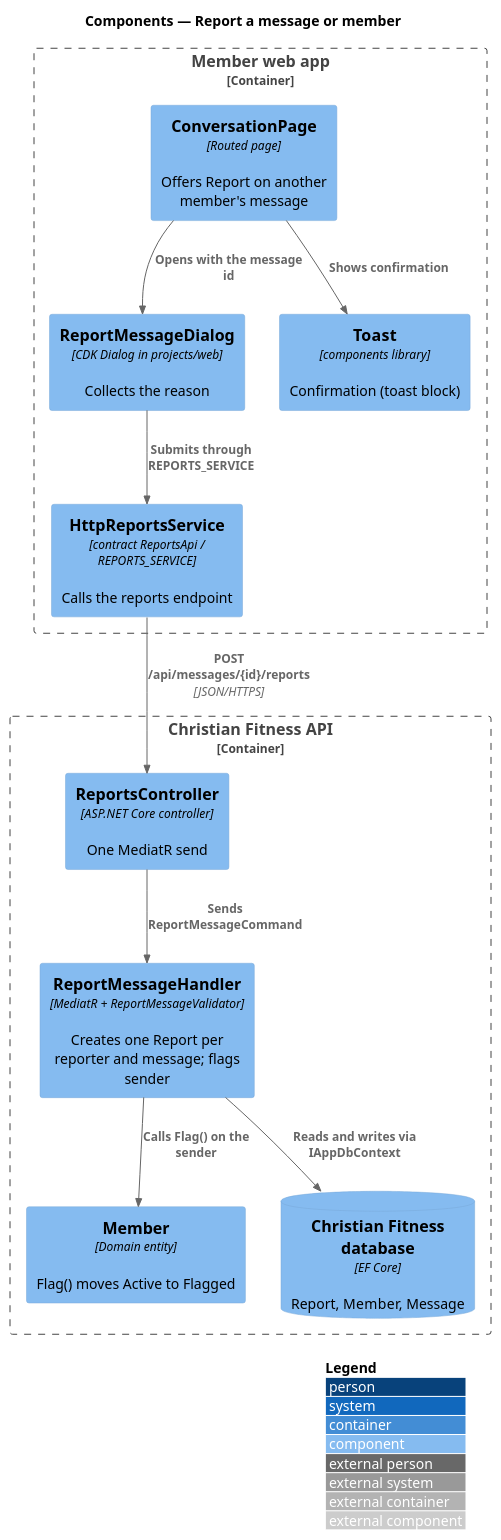
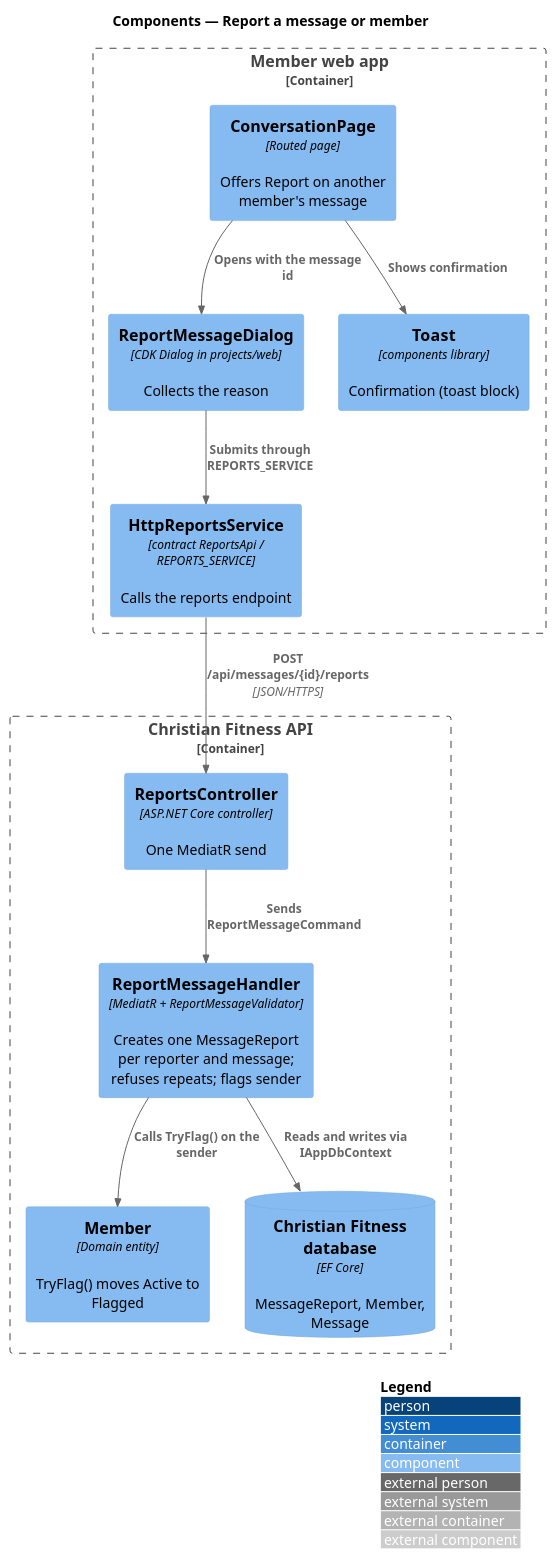
One commit to QuinntyneBrown/christian-fitness changed the diagram in docs/detailed-designs/messages/report-message-or-member/diagrams/c4-component.puml. Above: the diagram before and after it, drawn with PlantUML. The commit also changed 17 other files, not shown here.

First line of the commit message:
Follow-ups: re-render stale diagrams and fix offline flake

```diff
--- a/docs/detailed-designs/messages/report-message-or-member/diagrams/c4-component.puml
+++ b/docs/detailed-designs/messages/report-message-or-member/diagrams/c4-component.puml
@@ -1,25 +1,25 @@
 @startuml
 !include <C4/C4_Component>
 LAYOUT_WITH_LEGEND()
 title Components — Report a message or member
 
 Container_Boundary(web, "Member web app") {
   Component(page, "ConversationPage", "Routed page", "Offers Report on another member's message")
   Component(dlg, "ReportMessageDialog", "CDK Dialog in projects/web", "Collects the reason")
   Component(toast, "Toast", "components library", "Confirmation (toast block)")
   Component(svc, "HttpReportsService", "contract ReportsApi / REPORTS_SERVICE", "Calls the reports endpoint")
 }
 Container_Boundary(api, "Christian Fitness API") {
   Component(ctrl, "ReportsController", "ASP.NET Core controller", "One MediatR send")
-  Component(h, "ReportMessageHandler", "MediatR + ReportMessageValidator", "Creates one Report per reporter and message; flags sender")
-  Component(member, "Member", "Domain entity", "Flag() moves Active to Flagged")
-  ComponentDb(db, "Christian Fitness database", "EF Core", "Report, Member, Message")
+  Component(h, "ReportMessageHandler", "MediatR + ReportMessageValidator", "Creates one MessageReport per reporter and message; refuses repeats; flags sender")
+  Component(member, "Member", "Domain entity", "TryFlag() moves Active to Flagged")
+  ComponentDb(db, "Christian Fitness database", "EF Core", "MessageReport, Member, Message")
 }
 Rel(page, dlg, "Opens with the message id")
 Rel(dlg, svc, "Submits through REPORTS_SERVICE")
 Rel(page, toast, "Shows confirmation")
 Rel(svc, ctrl, "POST /api/messages/{id}/reports", "JSON/HTTPS")
 Rel(ctrl, h, "Sends ReportMessageCommand")
-Rel(h, member, "Calls Flag() on the sender")
+Rel(h, member, "Calls TryFlag() on the sender")
 Rel(h, db, "Reads and writes via IAppDbContext")
 @enduml
```
